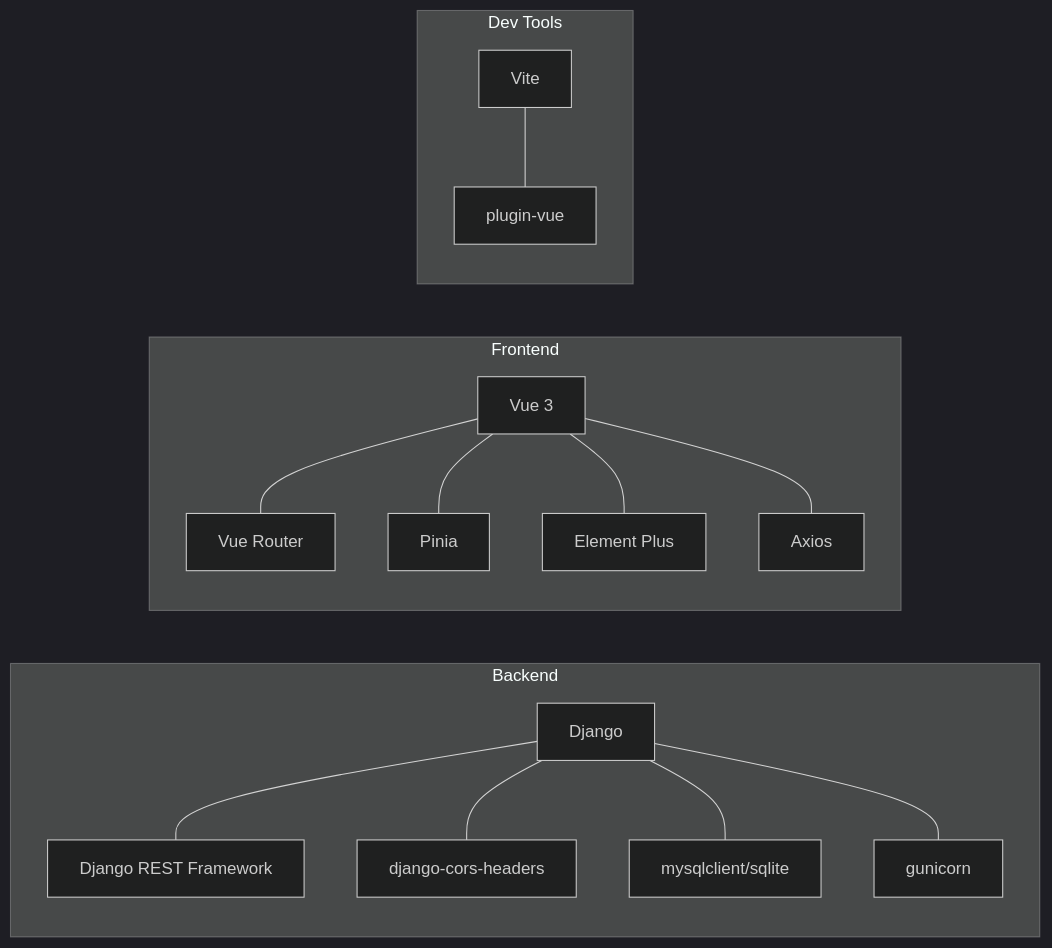
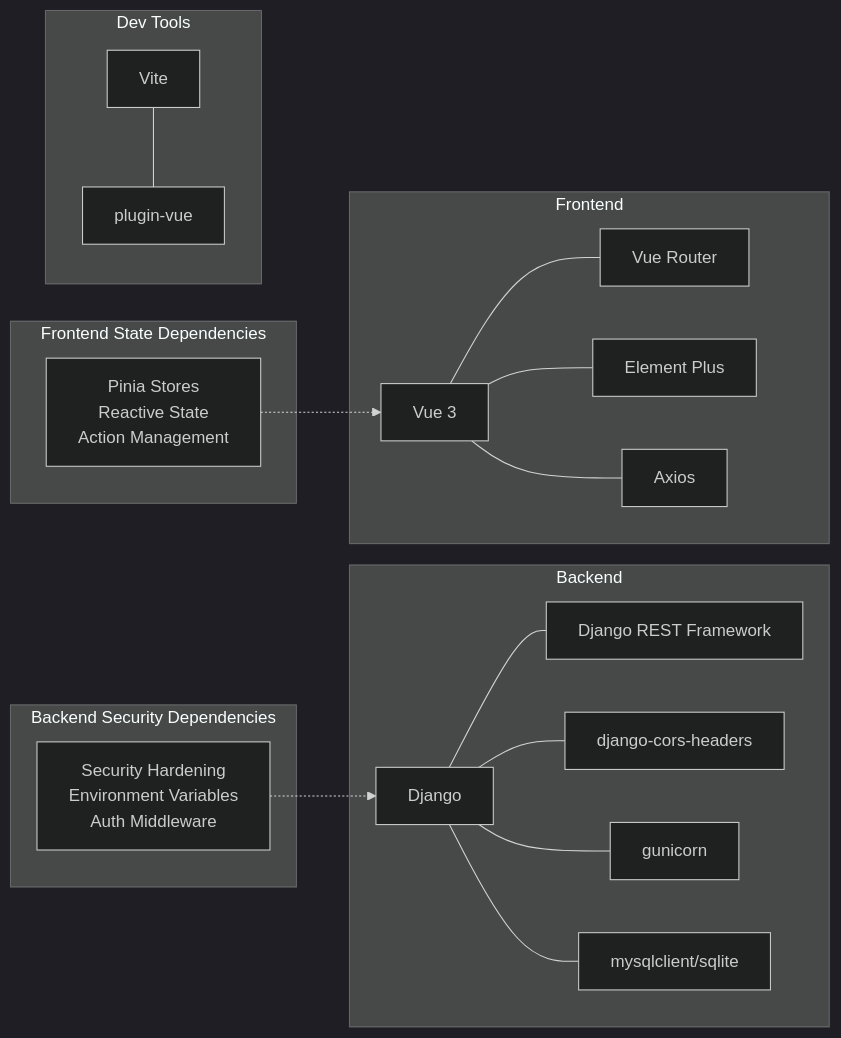
The sixth of 6 diagrams in .qoder/repowiki/en/content/Development Guidelines.md (fengyong/ai-ops), drawn with Mermaid (dark theme) before and after one commit. The commit also changed other lines of this file and 7 other files, not shown here.

````diff
--- a/.qoder/repowiki/en/content/Development Guidelines.md
+++ b/.qoder/repowiki/en/content/Development Guidelines.md
@@ -234,30 +383,36 @@
 ```mermaid
 graph LR
+subgraph "Backend Security Dependencies"
+SEC["Security Hardening<br/>Environment Variables<br/>Auth Middleware"]
+end
+subgraph "Frontend State Dependencies"
+PIN["Pinia Stores<br/>Reactive State<br/>Action Management"]
+end
 subgraph "Backend"
 DJ["Django"]
 DRF["Django REST Framework"]
 CORS["django-cors-headers"]
 GUN["gunicorn"]
 SQL["mysqlclient/sqlite"]
 end
 subgraph "Frontend"
 VUE["Vue 3"]
 VR["Vue Router"]
-PIN["Pinia"]
 EP["Element Plus"]
 AX["Axios"]
 end
 subgraph "Dev Tools"
 VITE["Vite"]
 PLUG["plugin-vue"]
 end
 DJ --- DRF
 DJ --- CORS
 DJ --- SQL
 DJ --- GUN
 VUE --- VR
-VUE --- PIN
 VUE --- EP
 VUE --- AX
 VITE --- PLUG
+SEC -.-> DJ
+PIN -.-> VUE
 ```
````
